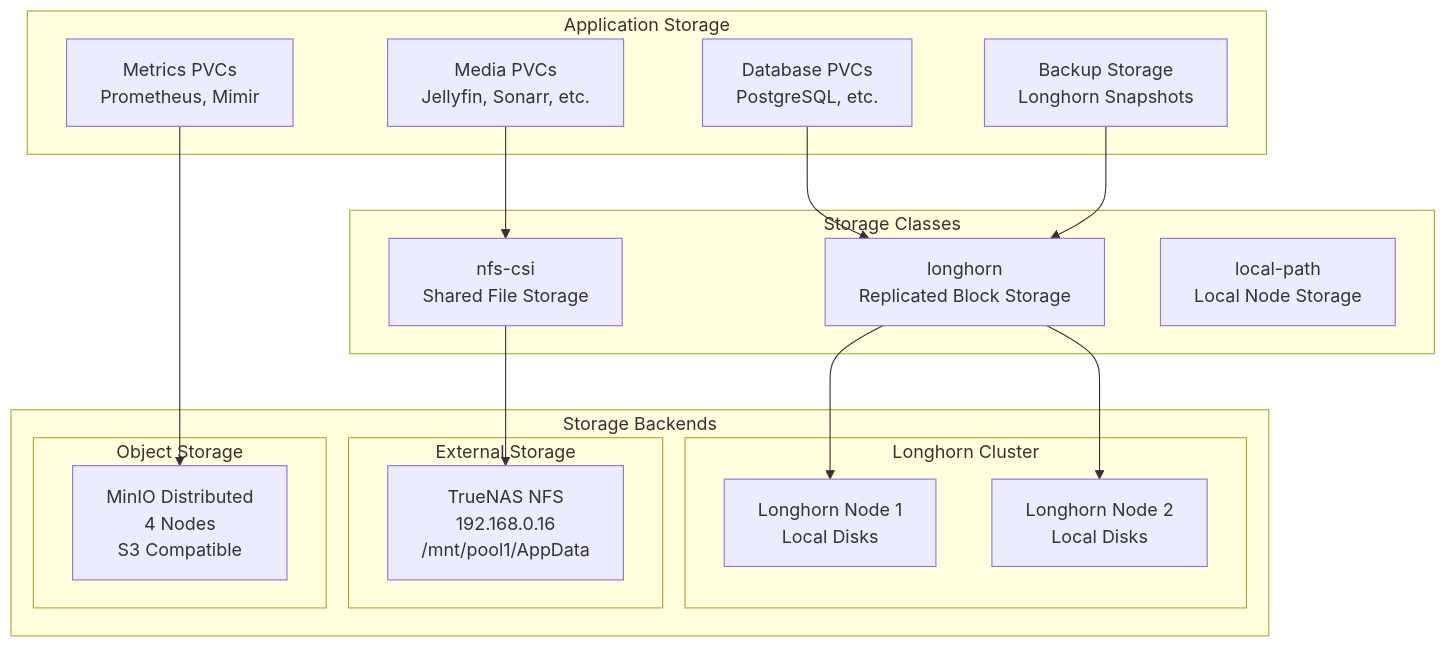
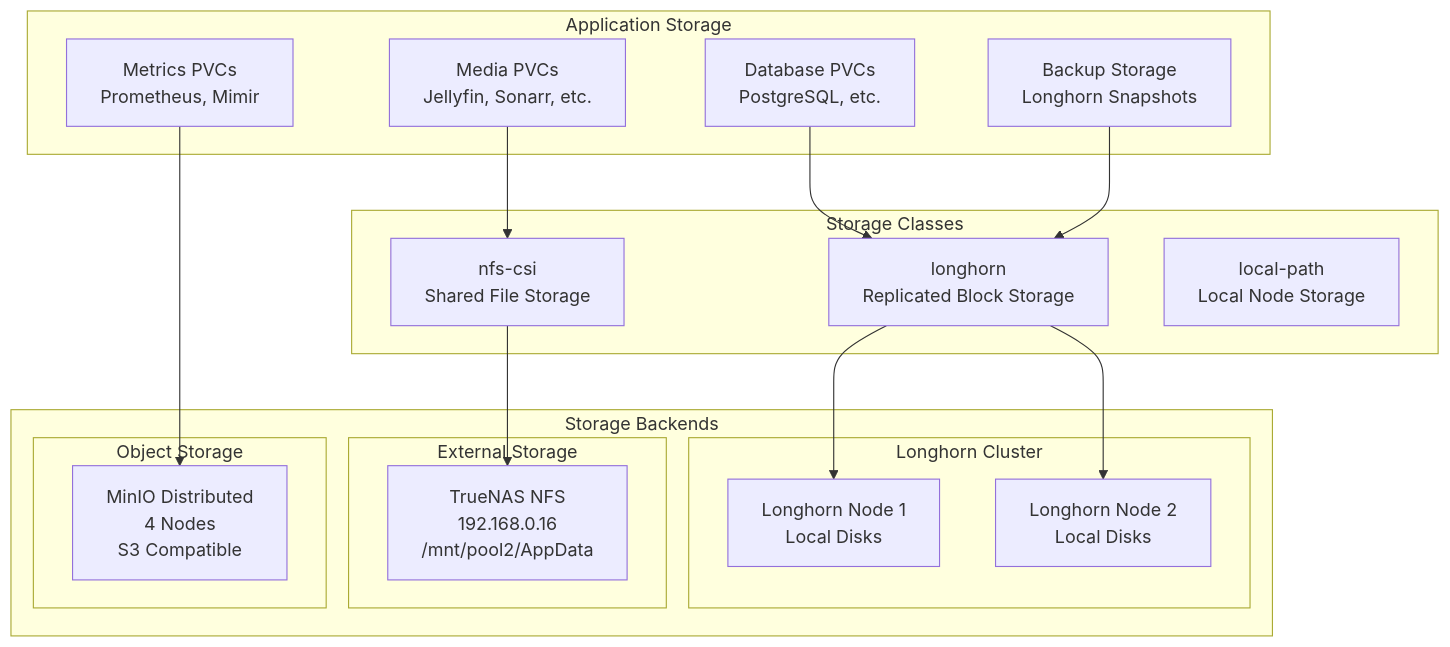
Before and after one commit to codesenju/kubelab: the fourth of 8 diagrams in docs/architecture.md, drawn with Mermaid. The commit also changed other lines of this file and 17 other files, not shown here.

First line of the commit message:
Update NFS paths from pool1 to pool2 across various configurations and documentation

````diff
--- a/docs/architecture.md
+++ b/docs/architecture.md
@@ -135,39 +135,39 @@
 ```mermaid
 graph TB
     subgraph "Storage Classes"
         SC1[longhorn<br/>Replicated Block Storage]
         SC2[nfs-csi<br/>Shared File Storage]
         SC3[local-path<br/>Local Node Storage]
     end
 
     subgraph "Storage Backends"
         subgraph "Longhorn Cluster"
             LH1[Longhorn Node 1<br/>Local Disks]
             LH2[Longhorn Node 2<br/>Local Disks]
         end
         
         subgraph "External Storage"
-            NFS_Server[TrueNAS NFS<br/>192.168.0.16<br/>/mnt/pool1/AppData]
+            NFS_Server[TrueNAS NFS<br/>192.168.0.16<br/>/mnt/pool2/AppData]
         end
         
         subgraph "Object Storage"
             MinIO_Cluster[MinIO Distributed<br/>4 Nodes<br/>S3 Compatible]
         end
     end
 
     subgraph "Application Storage"
         DB_Storage[Database PVCs<br/>PostgreSQL, etc.]
         Media_Storage[Media PVCs<br/>Jellyfin, Sonarr, etc.]
         Metrics_Storage[Metrics PVCs<br/>Prometheus, Mimir]
         Backup_Storage[Backup Storage<br/>Longhorn Snapshots]
     end
 
     SC1 --> LH1
     SC1 --> LH2
     SC2 --> NFS_Server
     
     DB_Storage --> SC1
     Media_Storage --> SC2
     Metrics_Storage --> MinIO_Cluster
     Backup_Storage --> SC1
 ```
````
